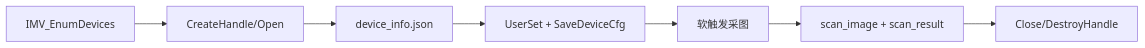
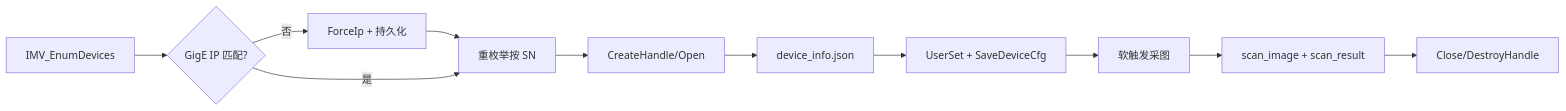
Before and after one commit to wuguanghai45/easyid-calibration-tool: the diagram in README.md, drawn with Mermaid. The commit also changed other lines of this file and 4 other files, not shown here.

First line of the commit message:
Enhance GigE device IP configuration and update logging in read_scanner_calibration.py

````diff
--- a/README.md
+++ b/README.md
@@ -138,9 +153,13 @@
 ```mermaid
 flowchart LR
-    A[IMV_EnumDevices] --> B[CreateHandle/Open]
-    B --> C[device_info.json]
-    C --> D[UserSet + SaveDeviceCfg]
-    D --> E[软触发采图]
-    E --> F[scan_image + scan_result]
-    F --> G[Close/DestroyHandle]
+    A[IMV_EnumDevices] --> B{GigE IP 匹配?}
+    B -->|否| C[ForceIp + 持久化]
+    C --> D[重枚举按 SN]
+    B -->|是| D
+    D --> E[CreateHandle/Open]
+    E --> F[device_info.json]
+    F --> G[UserSet + SaveDeviceCfg]
+    G --> H[软触发采图]
+    H --> I[scan_image + scan_result]
+    I --> J[Close/DestroyHandle]
 ```
````
